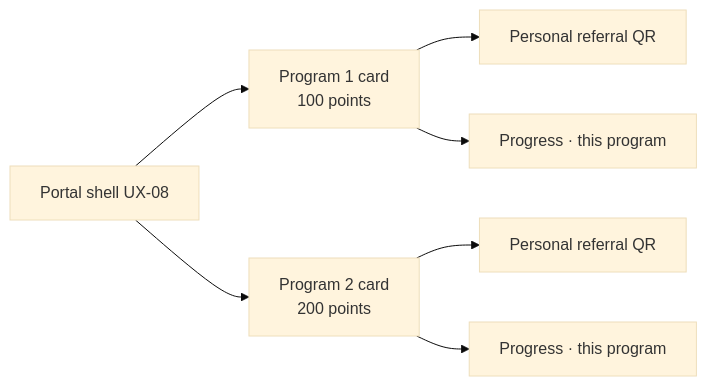
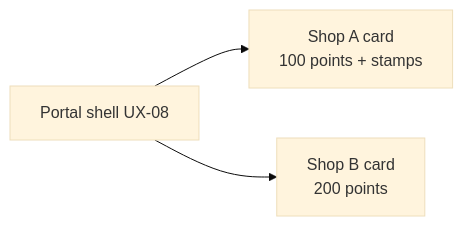
Before and after one commit to Ali-sherif/loyollo-web: the ninth of 9 diagrams in docs/product/auth-login-register-ui-brief.md, drawn with Mermaid (base theme). The commit also changed other lines of this file and 26 other files, not shown here.

First line of the commit message:
docs: update loyalty program documentation to reflect shop capabilities and membership structure

````diff
--- a/docs/product/auth-login-register-ui-brief.md
+++ b/docs/product/auth-login-register-ui-brief.md
@@ -316,9 +313,5 @@
 ```mermaid
 flowchart LR
-  Portal["Portal shell UX-08"] --> W1["Program 1 card\n100 points"]
-  Portal --> W2["Program 2 card\n200 points"]
-  W1 --> Share1["Personal referral QR"]
-  W1 --> Prog1["Progress · this program"]
-  W2 --> Share2["Personal referral QR"]
-  W2 --> Prog2["Progress · this program"]
+  Portal["Portal shell UX-08"] --> W1["Shop A card\n100 points + stamps"]
+  Portal --> W2["Shop B card\n200 points"]
 ```
````
